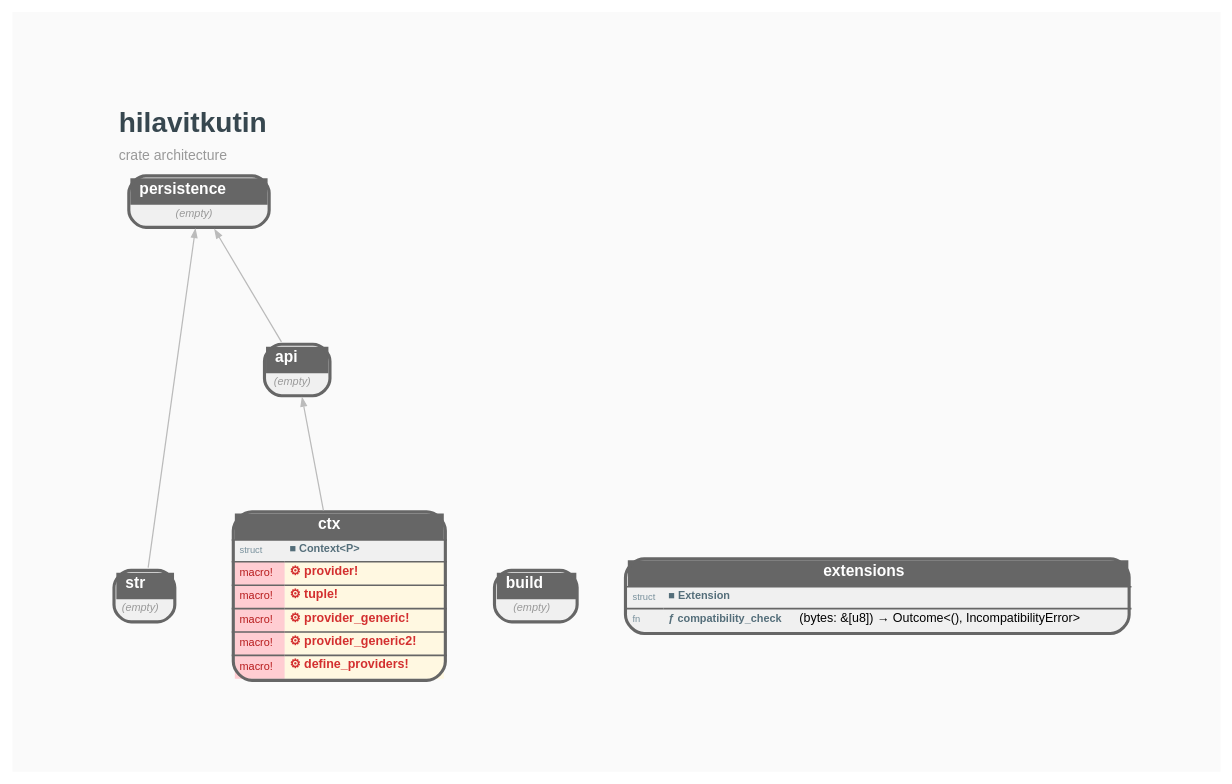
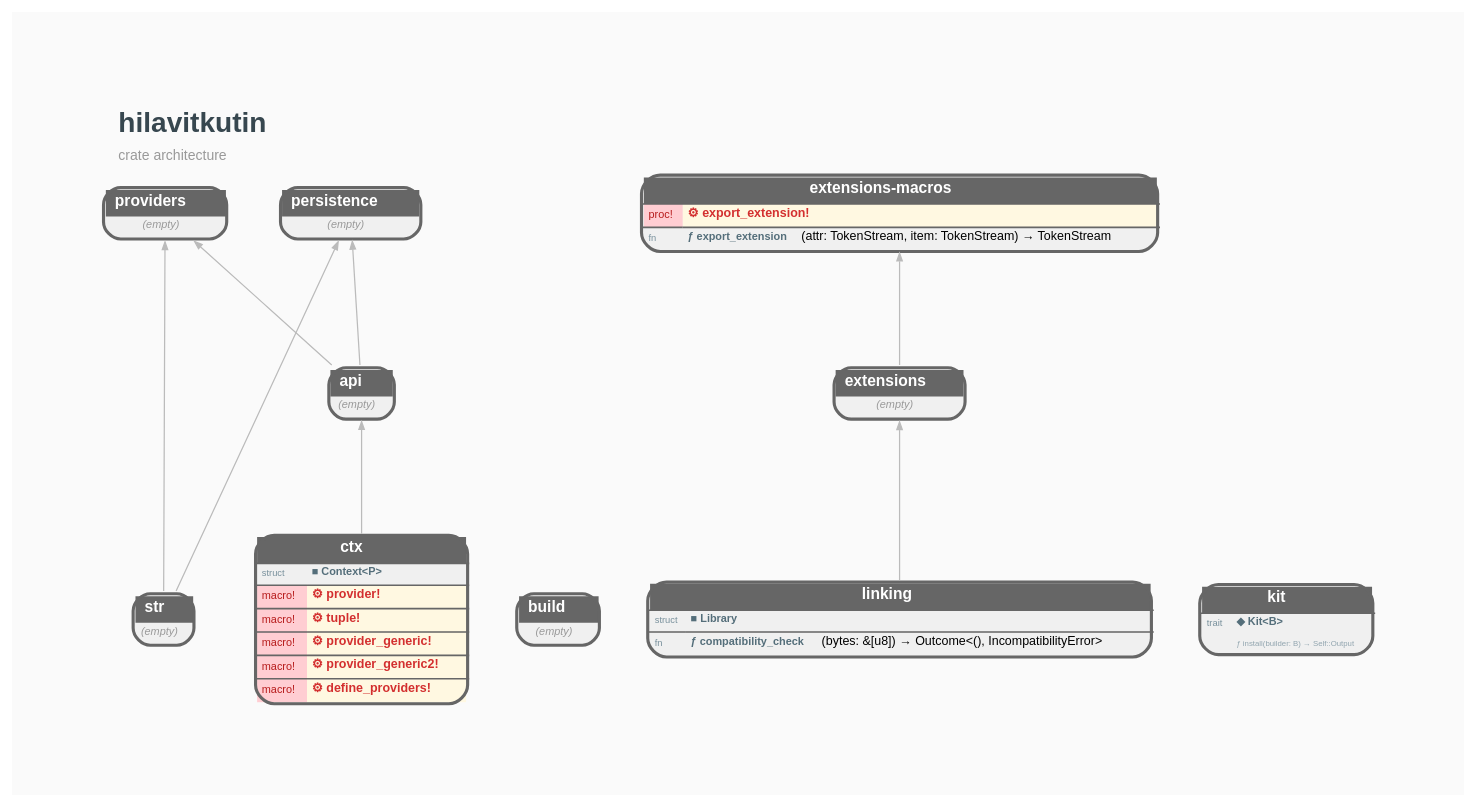
Before and after one commit to orgrinrt/hilavitkutin: the diagram in docs/STRUCTURE.GRAPH.dot, drawn with Graphviz. The commit also changed 25 other files, not shown here.

Commit message:
docs: round 202605041345 doc CL — providers v0.1 InternerKit + BuilderResource (#329)

```diff
--- a/docs/STRUCTURE.GRAPH.dot
+++ b/docs/STRUCTURE.GRAPH.dot
@@ -1,37 +1,45 @@
 // AUTO-GENERATED — DO NOT EDIT DIRECTLY
 //
 // Generated by: mockspace (mock)
-// Generated at: 2026-04-24T07:10:01Z
+// Generated at: 2026-05-04T13:49:11Z
 // Source: mock/
 // To regenerate: cargo mock
 
 digraph hilavitkutin {
     rankdir=BT;
     newrank=true;
     bgcolor="#FAFAFA";
     graph [fontname="Helvetica", fontsize=10, pad=0.8, nodesep=0.4, ranksep=1.0];
     node [fontname="Helvetica", fontsize=8];
     edge [fontname="Helvetica", fontsize=7, color="#BBBBBB", arrowsize=0.5, penwidth=0.8];
 
     labelloc=t;
     labeljust=l;
     label=<<TABLE BORDER="0" CELLBORDER="0" CELLSPACING="0"><TR><TD ALIGN="LEFT"><FONT POINT-SIZE="18" COLOR="#37474F"><B>hilavitkutin</B></FONT></TD></TR><TR><TD ALIGN="LEFT"><FONT POINT-SIZE="9" COLOR="#999999">crate architecture</FONT></TD></TR></TABLE>>;
 
     hilavitkutin_api [shape=none, margin=0, label=<<TABLE BORDER="2" CELLBORDER="0" CELLSPACING="0" CELLPADDING="3" BGCOLOR="#F0F0F0" COLOR="#666666" STYLE="ROUNDED"><TR><TD COLSPAN="2" BGCOLOR="#666666" ALIGN="CENTER"><FONT COLOR="white" POINT-SIZE="10"><B>  api  </B></FONT></TD></TR><TR><TD COLSPAN="2"><FONT COLOR="#999999" POINT-SIZE="7"><I>(empty)</I></FONT></TD></TR></TABLE>>];
     hilavitkutin_build [shape=none, margin=0, label=<<TABLE BORDER="2" CELLBORDER="0" CELLSPACING="0" CELLPADDING="3" BGCOLOR="#F0F0F0" COLOR="#666666" STYLE="ROUNDED"><TR><TD COLSPAN="2" BGCOLOR="#666666" ALIGN="CENTER"><FONT COLOR="white" POINT-SIZE="10"><B>  build  </B></FONT></TD></TR><TR><TD COLSPAN="2"><FONT COLOR="#999999" POINT-SIZE="7"><I>(empty)</I></FONT></TD></TR></TABLE>>];
     hilavitkutin_ctx [shape=none, margin=0, label=<<TABLE BORDER="2" CELLBORDER="0" CELLSPACING="0" CELLPADDING="3" BGCOLOR="#F0F0F0" COLOR="#666666" STYLE="ROUNDED"><TR><TD COLSPAN="2" BGCOLOR="#666666" ALIGN="CENTER"><FONT COLOR="white" POINT-SIZE="10"><B>  ctx  </B></FONT></TD></TR><HR/><TR><TD ALIGN="LEFT"><FONT COLOR="#78909C" POINT-SIZE="6">struct</FONT></TD><TD ALIGN="LEFT" PORT="p_Context"><FONT COLOR="#546E7A" POINT-SIZE="7"><B>■ Context&lt;P&gt;</B></FONT></TD></TR><HR/><TR><TD ALIGN="LEFT" BGCOLOR="#FFCDD2"><FONT COLOR="#B71C1C" POINT-SIZE="7">macro!</FONT></TD><TD ALIGN="LEFT" BGCOLOR="#FFF8E1" PORT="p_provider"><FONT COLOR="#D32F2F"><B>⚙ provider!</B></FONT></TD></TR><HR/><TR><TD ALIGN="LEFT" BGCOLOR="#FFCDD2"><FONT COLOR="#B71C1C" POINT-SIZE="7">macro!</FONT></TD><TD ALIGN="LEFT" BGCOLOR="#FFF8E1" PORT="p_tuple"><FONT COLOR="#D32F2F"><B>⚙ tuple!</B></FONT></TD></TR><HR/><TR><TD ALIGN="LEFT" BGCOLOR="#FFCDD2"><FONT COLOR="#B71C1C" POINT-SIZE="7">macro!</FONT></TD><TD ALIGN="LEFT" BGCOLOR="#FFF8E1" PORT="p_provider_generic"><FONT COLOR="#D32F2F"><B>⚙ provider_generic!</B></FONT></TD></TR><HR/><TR><TD ALIGN="LEFT" BGCOLOR="#FFCDD2"><FONT COLOR="#B71C1C" POINT-SIZE="7">macro!</FONT></TD><TD ALIGN="LEFT" BGCOLOR="#FFF8E1" PORT="p_provider_generic2"><FONT COLOR="#D32F2F"><B>⚙ provider_generic2!</B></FONT></TD></TR><HR/><TR><TD ALIGN="LEFT" BGCOLOR="#FFCDD2"><FONT COLOR="#B71C1C" POINT-SIZE="7">macro!</FONT></TD><TD ALIGN="LEFT" BGCOLOR="#FFF8E1" PORT="p_define_providers"><FONT COLOR="#D32F2F"><B>⚙ define_providers!</B></FONT></TD></TR></TABLE>>];
-    hilavitkutin_extensions [shape=none, margin=0, label=<<TABLE BORDER="2" CELLBORDER="0" CELLSPACING="0" CELLPADDING="3" BGCOLOR="#F0F0F0" COLOR="#666666" STYLE="ROUNDED"><TR><TD COLSPAN="2" BGCOLOR="#666666" ALIGN="CENTER"><FONT COLOR="white" POINT-SIZE="10"><B>  extensions  </B></FONT></TD></TR><HR/><TR><TD ALIGN="LEFT"><FONT COLOR="#78909C" POINT-SIZE="6">struct</FONT></TD><TD ALIGN="LEFT" PORT="p_Extension"><FONT COLOR="#546E7A" POINT-SIZE="7"><B>■ Extension</B></FONT></TD></TR><HR/><TR><TD ALIGN="LEFT"><FONT COLOR="#78909C" POINT-SIZE="6">fn</FONT></TD><TD ALIGN="LEFT" PORT="p_compatibility_check"><FONT COLOR="#546E7A" POINT-SIZE="7"><B>ƒ compatibility_check</B></FONT>(bytes: &amp;[u8]) → Outcome&lt;(), IncompatibilityError&gt;</TD></TR></TABLE>>];
+    hilavitkutin_extensions [shape=none, margin=0, label=<<TABLE BORDER="2" CELLBORDER="0" CELLSPACING="0" CELLPADDING="3" BGCOLOR="#F0F0F0" COLOR="#666666" STYLE="ROUNDED"><TR><TD COLSPAN="2" BGCOLOR="#666666" ALIGN="CENTER"><FONT COLOR="white" POINT-SIZE="10"><B>  extensions  </B></FONT></TD></TR><TR><TD COLSPAN="2"><FONT COLOR="#999999" POINT-SIZE="7"><I>(empty)</I></FONT></TD></TR></TABLE>>];
+    hilavitkutin_extensions_macros [shape=none, margin=0, label=<<TABLE BORDER="2" CELLBORDER="0" CELLSPACING="0" CELLPADDING="3" BGCOLOR="#F0F0F0" COLOR="#666666" STYLE="ROUNDED"><TR><TD COLSPAN="2" BGCOLOR="#666666" ALIGN="CENTER"><FONT COLOR="white" POINT-SIZE="10"><B>  extensions-macros  </B></FONT></TD></TR><HR/><TR><TD ALIGN="LEFT" BGCOLOR="#FFCDD2"><FONT COLOR="#B71C1C" POINT-SIZE="7">proc!</FONT></TD><TD ALIGN="LEFT" BGCOLOR="#FFF8E1" PORT="p_export_extension"><FONT COLOR="#D32F2F"><B>⚙ export_extension!</B></FONT></TD></TR><HR/><TR><TD ALIGN="LEFT"><FONT COLOR="#78909C" POINT-SIZE="6">fn</FONT></TD><TD ALIGN="LEFT" PORT="p_export_extension"><FONT COLOR="#546E7A" POINT-SIZE="7"><B>ƒ export_extension</B></FONT>(attr: TokenStream, item: TokenStream) → TokenStream</TD></TR></TABLE>>];
+    hilavitkutin_kit [shape=none, margin=0, label=<<TABLE BORDER="2" CELLBORDER="0" CELLSPACING="0" CELLPADDING="3" BGCOLOR="#F0F0F0" COLOR="#666666" STYLE="ROUNDED"><TR><TD COLSPAN="2" BGCOLOR="#666666" ALIGN="CENTER"><FONT COLOR="white" POINT-SIZE="10"><B>  kit  </B></FONT></TD></TR><HR/><TR><TD ALIGN="LEFT"><FONT COLOR="#78909C" POINT-SIZE="6">trait</FONT></TD><TD ALIGN="LEFT" PORT="p_Kit"><FONT COLOR="#546E7A" POINT-SIZE="7"><B>◆ Kit&lt;B&gt;</B></FONT></TD></TR><TR><TD></TD><TD ALIGN="LEFT"><FONT COLOR="#90A4AE" POINT-SIZE="5">ƒ install(builder: B) → Self::Output</FONT></TD></TR></TABLE>>];
+    hilavitkutin_linking [shape=none, margin=0, label=<<TABLE BORDER="2" CELLBORDER="0" CELLSPACING="0" CELLPADDING="3" BGCOLOR="#F0F0F0" COLOR="#666666" STYLE="ROUNDED"><TR><TD COLSPAN="2" BGCOLOR="#666666" ALIGN="CENTER"><FONT COLOR="white" POINT-SIZE="10"><B>  linking  </B></FONT></TD></TR><HR/><TR><TD ALIGN="LEFT"><FONT COLOR="#78909C" POINT-SIZE="6">struct</FONT></TD><TD ALIGN="LEFT" PORT="p_Library"><FONT COLOR="#546E7A" POINT-SIZE="7"><B>■ Library</B></FONT></TD></TR><HR/><TR><TD ALIGN="LEFT"><FONT COLOR="#78909C" POINT-SIZE="6">fn</FONT></TD><TD ALIGN="LEFT" PORT="p_compatibility_check"><FONT COLOR="#546E7A" POINT-SIZE="7"><B>ƒ compatibility_check</B></FONT>(bytes: &amp;[u8]) → Outcome&lt;(), IncompatibilityError&gt;</TD></TR></TABLE>>];
     hilavitkutin_persistence [shape=none, margin=0, label=<<TABLE BORDER="2" CELLBORDER="0" CELLSPACING="0" CELLPADDING="3" BGCOLOR="#F0F0F0" COLOR="#666666" STYLE="ROUNDED"><TR><TD COLSPAN="2" BGCOLOR="#666666" ALIGN="CENTER"><FONT COLOR="white" POINT-SIZE="10"><B>  persistence  </B></FONT></TD></TR><TR><TD COLSPAN="2"><FONT COLOR="#999999" POINT-SIZE="7"><I>(empty)</I></FONT></TD></TR></TABLE>>];
+    hilavitkutin_providers [shape=none, margin=0, label=<<TABLE BORDER="2" CELLBORDER="0" CELLSPACING="0" CELLPADDING="3" BGCOLOR="#F0F0F0" COLOR="#666666" STYLE="ROUNDED"><TR><TD COLSPAN="2" BGCOLOR="#666666" ALIGN="CENTER"><FONT COLOR="white" POINT-SIZE="10"><B>  providers  </B></FONT></TD></TR><TR><TD COLSPAN="2"><FONT COLOR="#999999" POINT-SIZE="7"><I>(empty)</I></FONT></TD></TR></TABLE>>];
     hilavitkutin_str [shape=none, margin=0, label=<<TABLE BORDER="2" CELLBORDER="0" CELLSPACING="0" CELLPADDING="3" BGCOLOR="#F0F0F0" COLOR="#666666" STYLE="ROUNDED"><TR><TD COLSPAN="2" BGCOLOR="#666666" ALIGN="CENTER"><FONT COLOR="white" POINT-SIZE="10"><B>  str  </B></FONT></TD></TR><TR><TD COLSPAN="2"><FONT COLOR="#999999" POINT-SIZE="7"><I>(empty)</I></FONT></TD></TR></TABLE>>];
 
-    { rank=same; hilavitkutin_build; hilavitkutin_ctx; hilavitkutin_extensions; hilavitkutin_str; } // depth 0
-    { rank=same; hilavitkutin_api; } // depth 1
-    { rank=same; hilavitkutin_persistence; } // depth 2
+    { rank=same; hilavitkutin_build; hilavitkutin_ctx; hilavitkutin_kit; hilavitkutin_linking; hilavitkutin_str; } // depth 0
+    { rank=same; hilavitkutin_api; hilavitkutin_extensions; } // depth 1
+    { rank=same; hilavitkutin_extensions_macros; hilavitkutin_persistence; hilavitkutin_providers; } // depth 2
 
 
     // Dependency edges (transitively reduced)
     hilavitkutin_ctx -> hilavitkutin_api;
+    hilavitkutin_linking -> hilavitkutin_extensions;
+    hilavitkutin_extensions -> hilavitkutin_extensions_macros;
     hilavitkutin_str -> hilavitkutin_persistence;
     hilavitkutin_api -> hilavitkutin_persistence;
+    hilavitkutin_api -> hilavitkutin_providers;
+    hilavitkutin_str -> hilavitkutin_providers;
 
 }
```
